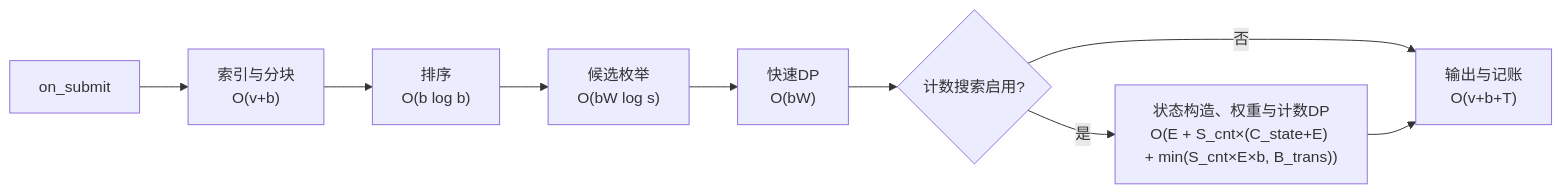
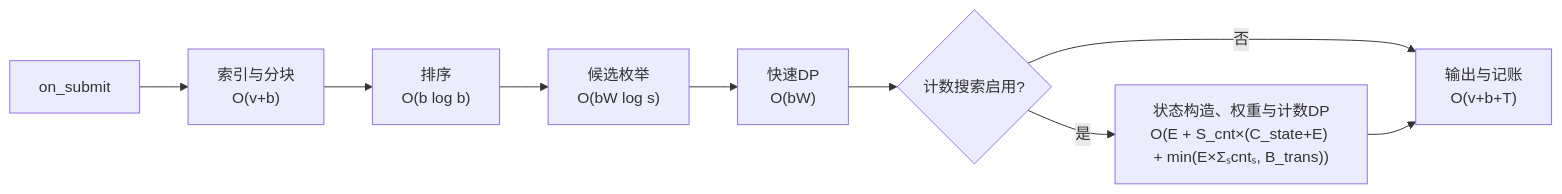
Before and after one commit to dpj135/hackathon: the diagram in submissions/kaisennhu/04_算法设计与复杂度/复杂度分析.md, drawn with Mermaid. The commit also changed other lines of this file and 1 other file, not shown here.

````diff
--- a/submissions/kaisennhu/04_算法设计与复杂度/复杂度分析.md
+++ b/submissions/kaisennhu/04_算法设计与复杂度/复杂度分析.md
@@ -7,11 +7,11 @@
 ```mermaid
 flowchart LR
     A["on_submit"] --> B["索引与分块<br/>O(v+b)"]
     B --> C["排序<br/>O(b log b)"]
     C --> D["候选枚举<br/>O(bW log s)"]
     D --> E["快速DP<br/>O(bW)"]
     E --> F{"计数搜索启用?"}
-    F -- 是 --> G["状态构造、权重与计数DP<br/>O(E + S_cnt×(C_state+E) + min(S_cnt×E×b, B_trans))"]
+    F -- 是 --> G["状态构造、权重与计数DP<br/>O(E + S_cnt×(C_state+E) + min(E×Σₛcntₛ, B_trans))"]
     F -- 否 --> H["输出与记账<br/>O(v+b+T)"]
     G --> H
 ```
````
